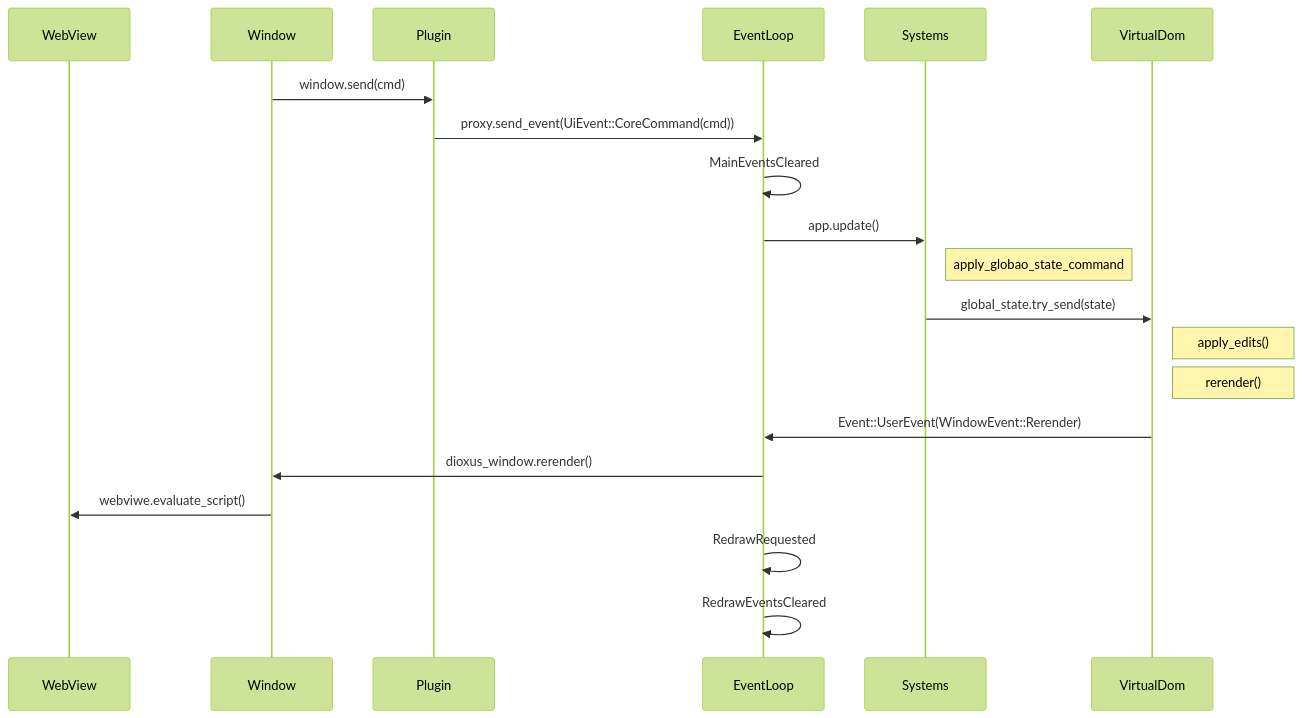
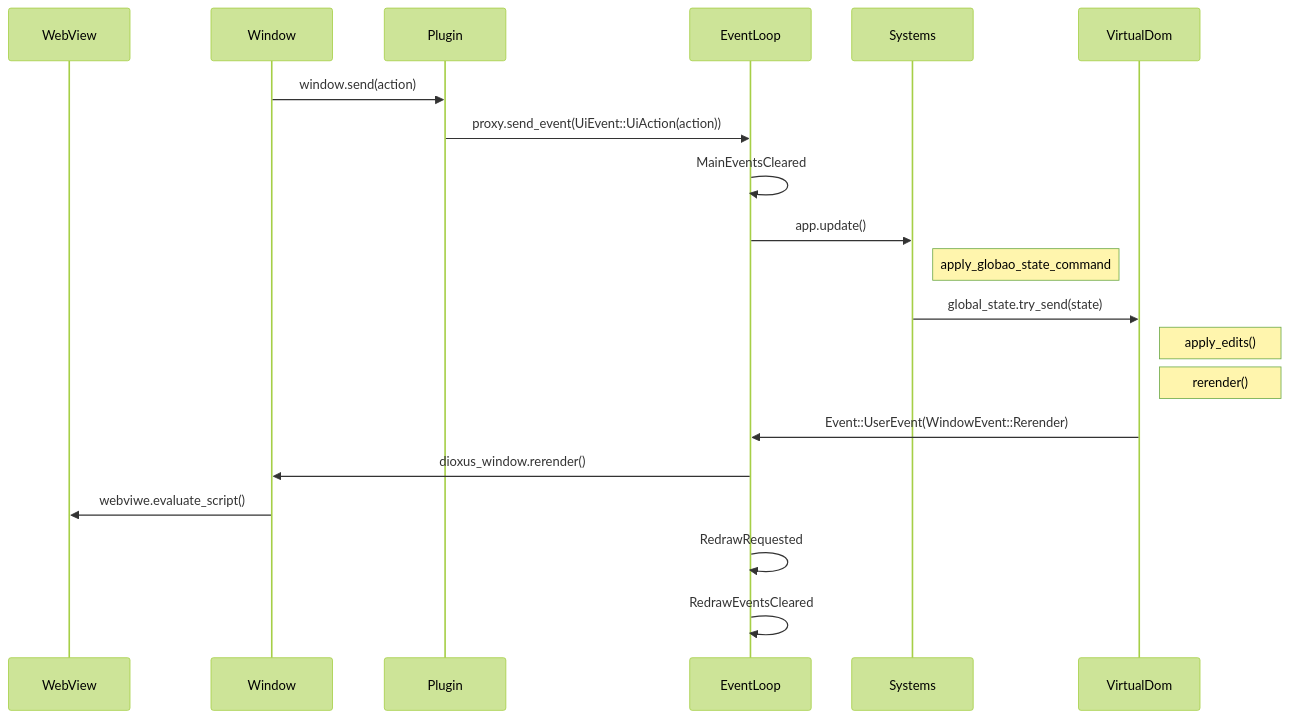
Before and after one commit to diptools/dip: the fourth of 4 diagrams in packages/website/content/docs/architecture/overview.md, drawn with Mermaid (forest theme). The commit also changed other lines of this file and 15 other files, not shown here.

Commit message:
rename CoreCommand to UiAction

````diff
--- a/packages/website/content/docs/architecture/overview.md
+++ b/packages/website/content/docs/architecture/overview.md
@@ -69,24 +69,24 @@
 ```mermaid
 sequenceDiagram
     participant WebView
     participant Window
     participant Plugin
     participant EventLoop
     participant Systems
     participant VirtualDom
 
-    Window ->> Plugin: window.send(cmd)
-    Plugin ->> EventLoop: proxy.send_event(UiEvent::CoreCommand(cmd));
+    Window ->> Plugin: window.send(action)
+    Plugin ->> EventLoop: proxy.send_event(UiEvent::UiAction(action));
     EventLoop ->> EventLoop: MainEventsCleared
     EventLoop ->> Systems: app.update()
     Note right of Systems: apply_globao_state_command
     Systems ->> VirtualDom: global_state.try_send(state);
     Note right of VirtualDom: apply_edits()
     Note right of VirtualDom: rerender()
     VirtualDom ->> EventLoop: Event::UserEvent(WindowEvent::Rerender)
     EventLoop ->> Window: dioxus_window.rerender()
     Window ->> WebView: webviwe.evaluate_script()
 
     EventLoop ->> EventLoop: RedrawRequested
     EventLoop ->> EventLoop: RedrawEventsCleared
 ```
````
